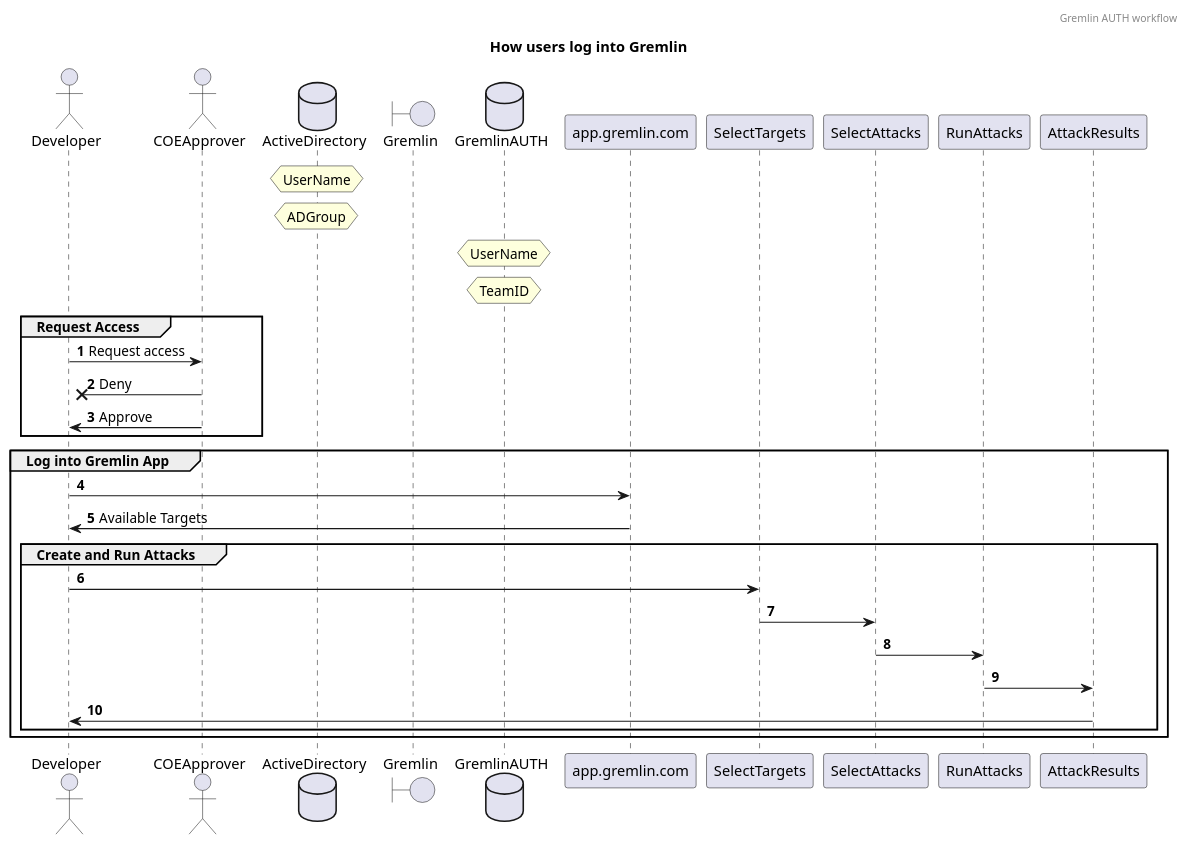
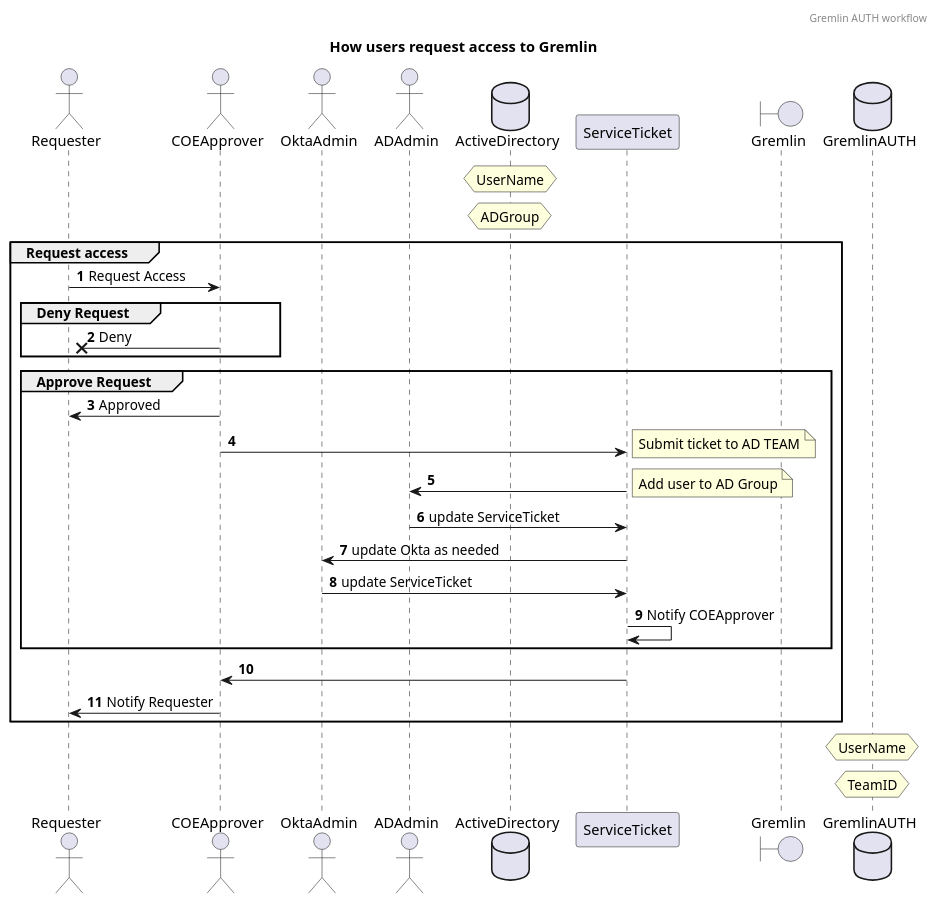
The diagram in Gremlin/Gremlin_Auth.puml (lindison/plantuml_stuff), drawn with PlantUML before and after one commit. The commit also changed 6 other files, not shown here.

Commit message:
Auth workflow

```diff
--- a/Gremlin/Gremlin_Auth.puml
+++ b/Gremlin/Gremlin_Auth.puml
@@ -1,39 +1,41 @@
 @startuml
 
-header Gremlin AUTH workflow
-title How users log into Gremlin
+header Gremlin AUTH workflow 
+title How users request access to Gremlin
 autonumber
-actor Developer
-actor COEApprover
+actor Requester
+actor COEApprover 
+actor OktaAdmin
+actor ADAdmin
+
 database ActiveDirectory
-hnote over ActiveDirectory: UserName 
+hnote over ActiveDirectory: UserName
 hnote over ActiveDirectory: ADGroup
 
+group Request access
+    Requester -> COEApprover: Request Access
+    group Deny Request
+        COEApprover->x Requester: Deny
+    end
+    group Approve Request
+        COEApprover -> Requester: Approved
+        COEApprover -> ServiceTicket
+        note right: Submit ticket to AD TEAM
+        ServiceTicket -> ADAdmin
+        note right: Add user to AD Group
+        ADAdmin -> ServiceTicket: update ServiceTicket
+        ServiceTicket -> OktaAdmin: update Okta as needed
+        OktaAdmin -> ServiceTicket: update ServiceTicket
+        ServiceTicket -> ServiceTicket: Notify COEApprover
+    end
+    ServiceTicket -> COEApprover
+    COEApprover -> Requester: Notify Requester 
+
+end
+
 boundary Gremlin
-
 database GremlinAUTH
-hnote over GremlinAUTH: UserName 
+hnote over GremlinAUTH: UserName
 hnote over GremlinAUTH: TeamID
 
-group Request Access
-    Developer -> COEApprover: Request access
-    COEApprover ->X Developer: Deny 
-    COEApprover -> Developer: Approve
-end
-
-group Log into Gremlin App
-    Developer -> app.gremlin.com
-    app.gremlin.com -> Developer: Available Targets
-    group Create and Run Attacks
-        Developer -> SelectTargets
-        SelectTargets -> SelectAttacks
-        SelectAttacks -> RunAttacks
-        RunAttacks -> AttackResults
-        AttackResults -> Developer
-    end
-end
-
-
-
-
 @enduml
```
